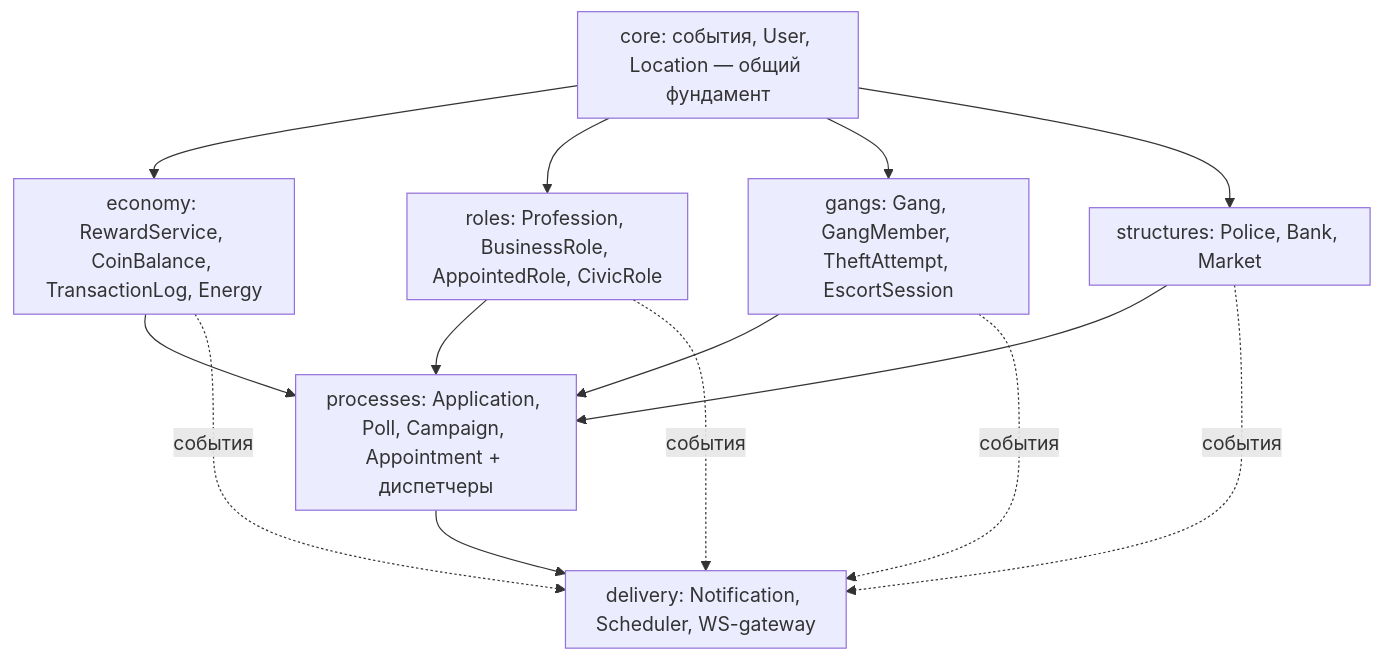
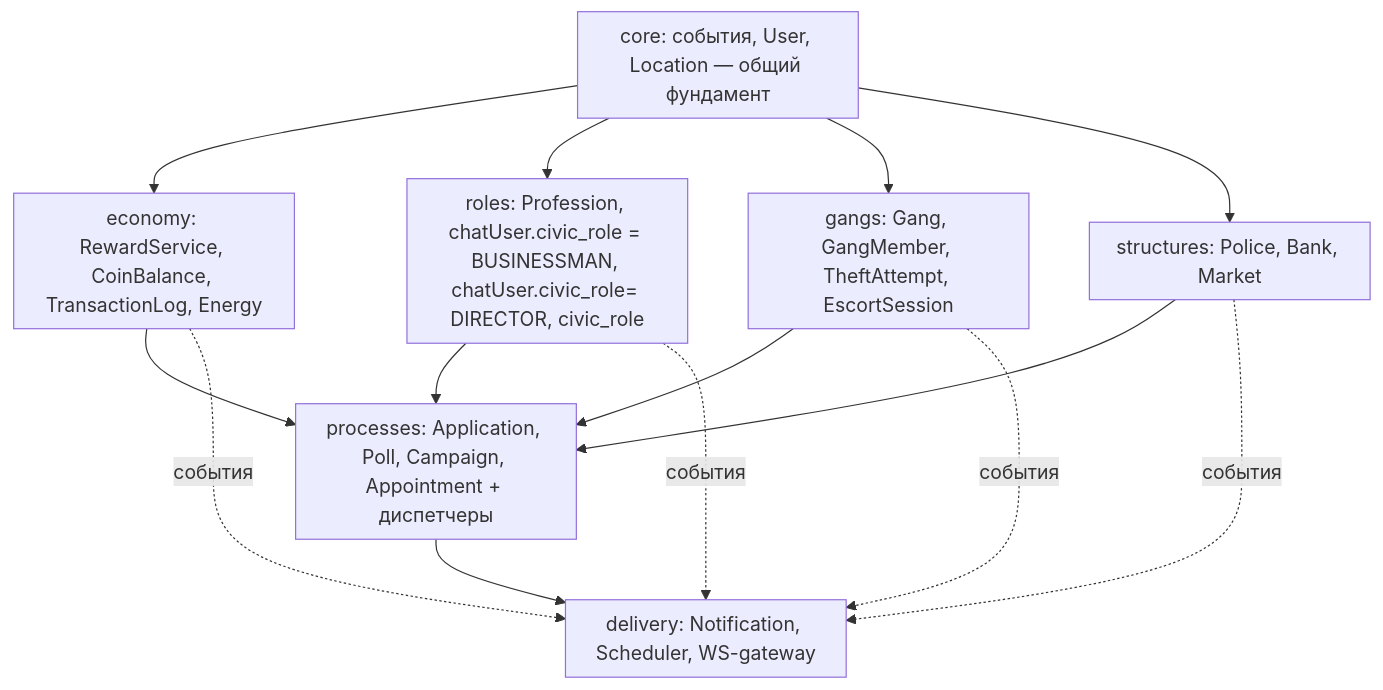
The seventh of 7 diagrams in documentation/architecture/event/babichchat-event-architecture.md (paulselikhov-cpu/platform), drawn with Mermaid before and after one commit. The commit also changed other lines of this file and 8 other files, not shown here.

````diff
--- a/documentation/architecture/event/babichchat-event-architecture.md
+++ b/documentation/architecture/event/babichchat-event-architecture.md
@@ -332,31 +332,31 @@
 ```mermaid
 flowchart TB
     subgraph core[core: события, User, Location — общий фундамент]
     end
     subgraph economy[economy: RewardService, CoinBalance, TransactionLog, Energy]
     end
-    subgraph roles[roles: Profession, BusinessRole, AppointedRole, CivicRole]
+    subgraph roles[roles: Profession, chatUser.civic_role = BUSINESSMAN, chatUser.civic_role= DIRECTOR, civic_role]
     end
     subgraph gangs[gangs: Gang, GangMember, TheftAttempt, EscortSession]
     end
     subgraph structures[structures: Police, Bank, Market]
     end
     subgraph processes[processes: Application, Poll, Campaign, Appointment + диспетчеры]
     end
     subgraph delivery[delivery: Notification, Scheduler, WS-gateway]
     end
 
     core --> economy
     core --> roles
     core --> gangs
     core --> structures
     economy --> processes
     roles --> processes
     gangs --> processes
     structures --> processes
     processes --> delivery
     economy -.события.-> delivery
     roles -.события.-> delivery
     gangs -.события.-> delivery
     structures -.события.-> delivery
 ```
````
